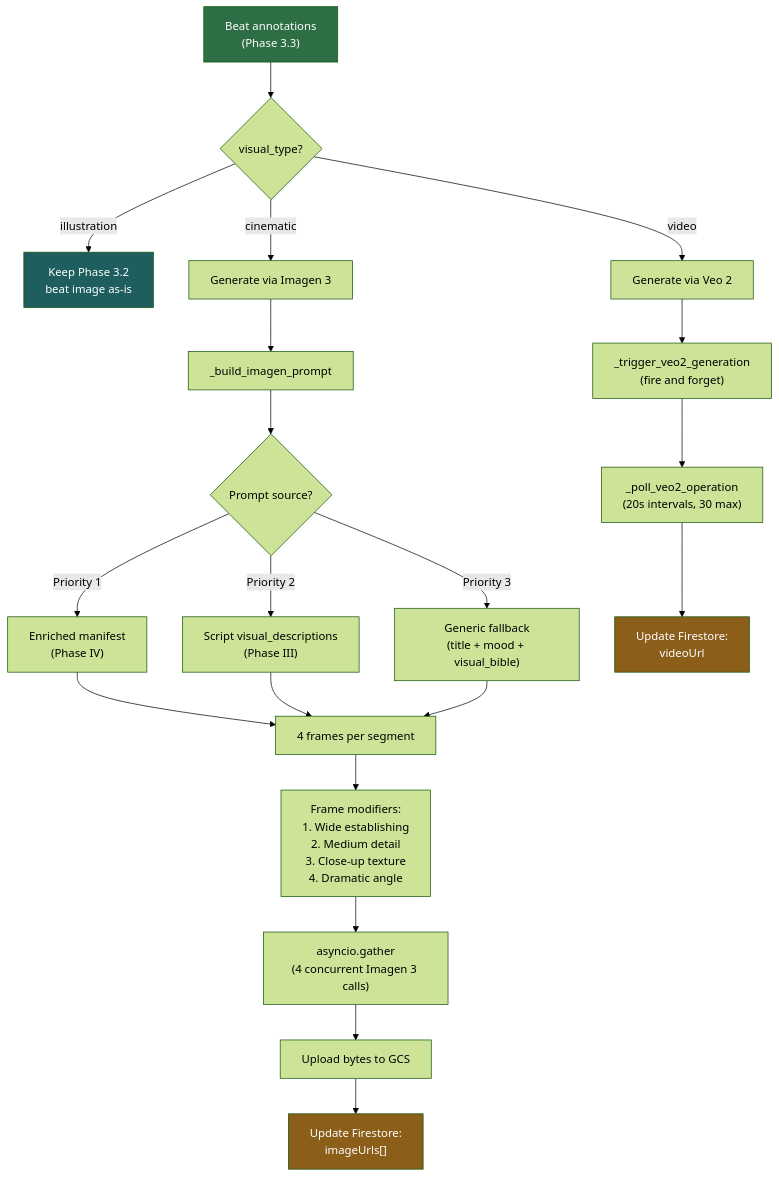
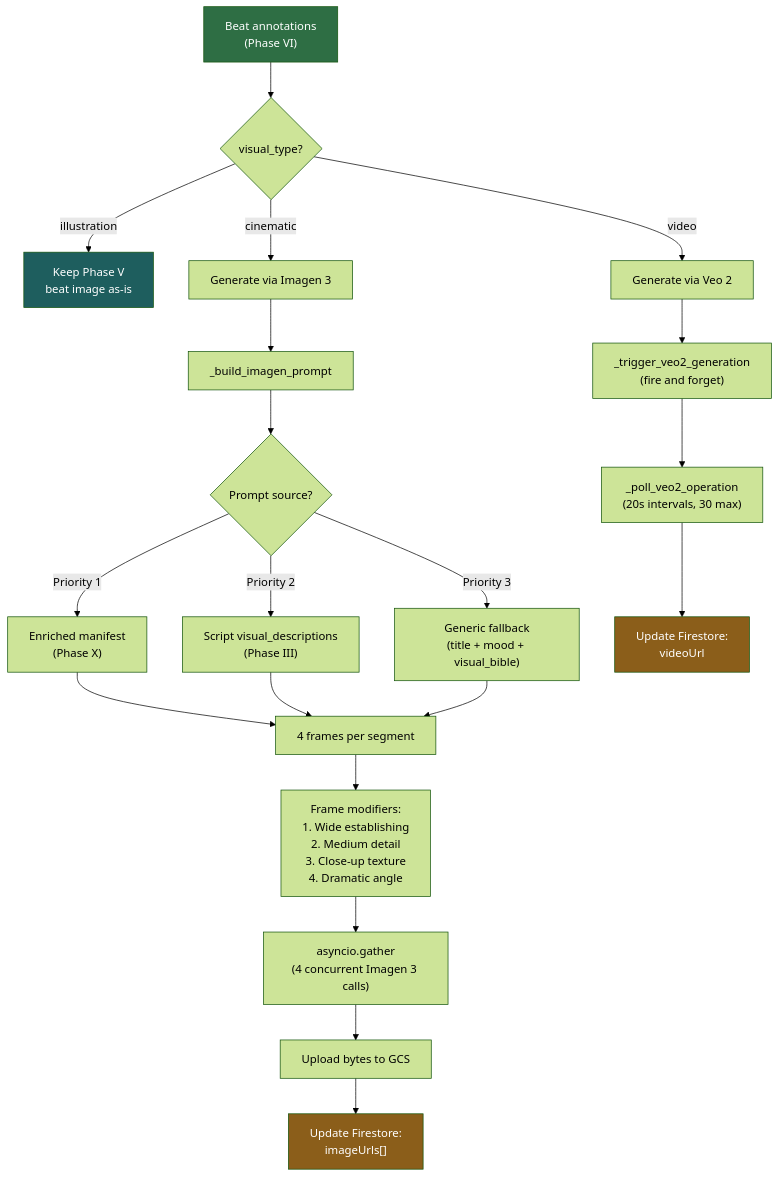
The seventh of 12 diagrams in docs/architecture/ARCHITECTURE.md (pancodo/gemini-live-agent-challenge), drawn with Mermaid (forest theme) before and after one commit. The commit also changed other lines of this file, not shown here.

First line of the commit message:
docs(architecture): align phase numbering to I–XI convention

````diff
--- a/docs/architecture/ARCHITECTURE.md
+++ b/docs/architecture/ARCHITECTURE.md
@@ -649,32 +649,32 @@
 ```mermaid
 flowchart TD
-    A["Beat annotations<br/>(Phase 3.3)"] --> B{"visual_type?"}
-    B -- illustration --> C["Keep Phase 3.2<br/>beat image as-is"]
+    A["Beat annotations<br/>(Phase VI)"] --> B{"visual_type?"}
+    B -- illustration --> C["Keep Phase V<br/>beat image as-is"]
     B -- cinematic --> D["Generate via Imagen 3"]
     B -- video --> E["Generate via Veo 2"]
 
     D --> F["_build_imagen_prompt"]
     F --> G{"Prompt source?"}
-    G -- "Priority 1" --> H["Enriched manifest<br/>(Phase IV)"]
+    G -- "Priority 1" --> H["Enriched manifest<br/>(Phase X)"]
     G -- "Priority 2" --> I["Script visual_descriptions<br/>(Phase III)"]
     G -- "Priority 3" --> J["Generic fallback<br/>(title + mood + visual_bible)"]
 
     H --> K["4 frames per segment"]
     I --> K
     J --> K
 
     K --> L["Frame modifiers:<br/>1. Wide establishing<br/>2. Medium detail<br/>3. Close-up texture<br/>4. Dramatic angle"]
 
     L --> M["asyncio.gather<br/>(4 concurrent Imagen 3 calls)"]
     M --> N["Upload bytes to GCS"]
     N --> O["Update Firestore:<br/>imageUrls[]"]
 
     E --> P["_trigger_veo2_generation<br/>(fire and forget)"]
     P --> Q["_poll_veo2_operation<br/>(20s intervals, 30 max)"]
     Q --> R["Update Firestore:<br/>videoUrl"]
 
     style A fill:#2E6E44,color:#fff
     style C fill:#1E5E5E,color:#fff
     style O fill:#8B5E1A,color:#fff
     style R fill:#8B5E1A,color:#fff
 ```
````
